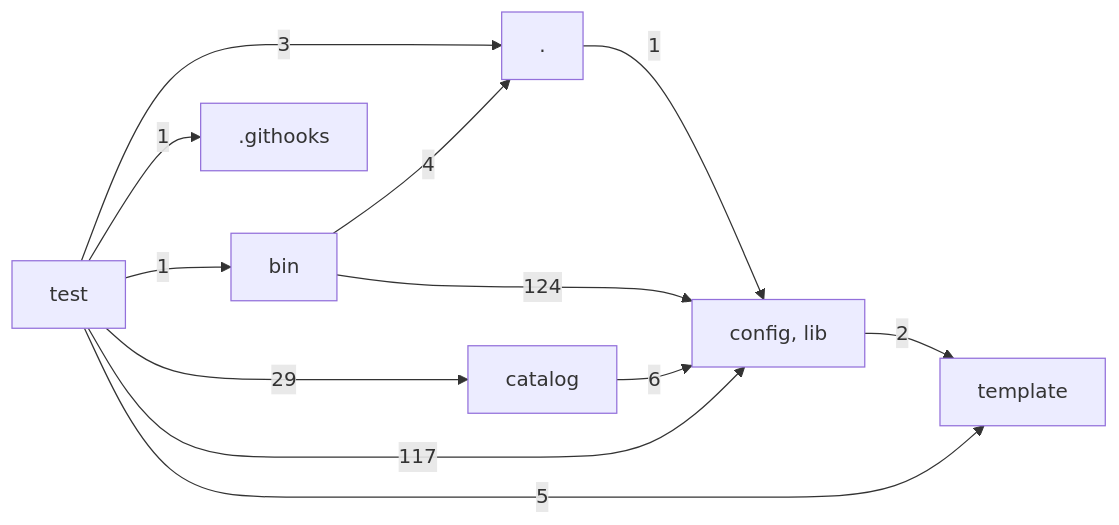
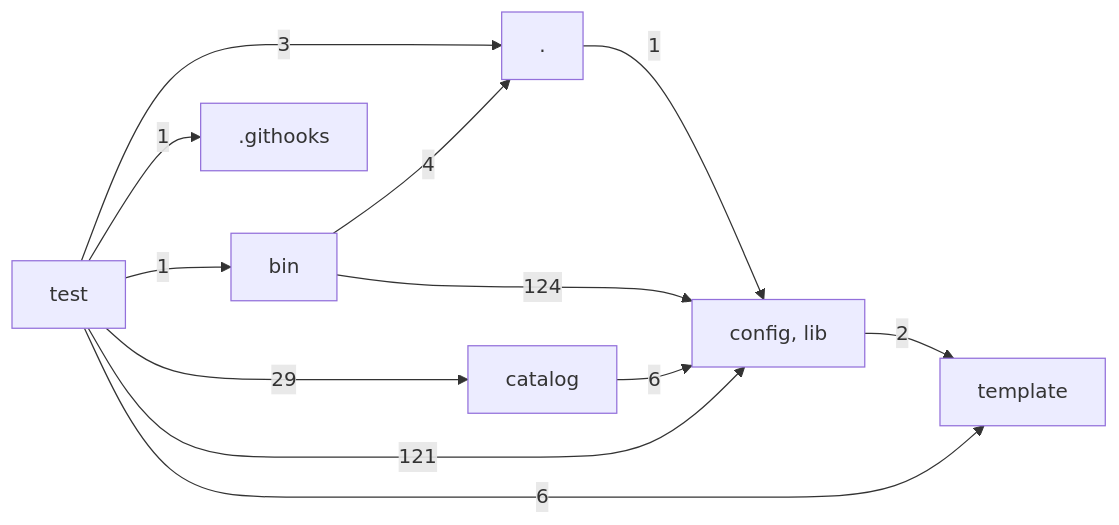
The diagram in docs/architecture/layers.md (hackersandwizards/scaffolding), drawn with Mermaid before and after one commit. The commit also changed 44 other files, not shown here.

````diff
--- a/docs/architecture/layers.md
+++ b/docs/architecture/layers.md
@@ -3,21 +3,21 @@
 ```mermaid
 graph LR
   L0["."]
   L1[".githooks"]
   L2["bin"]
   L3["catalog"]
   L4["config, lib"]
   L5["template"]
   L6["test"]
   L0 -->|1| L4
   L2 -->|4| L0
   L2 -->|124| L4
   L3 -->|6| L4
   L4 -->|2| L5
   L6 -->|3| L0
   L6 -->|1| L1
   L6 -->|1| L2
   L6 -->|29| L3
-  L6 -->|117| L4
-  L6 -->|5| L5
+  L6 -->|121| L4
+  L6 -->|6| L5
 ```
````
